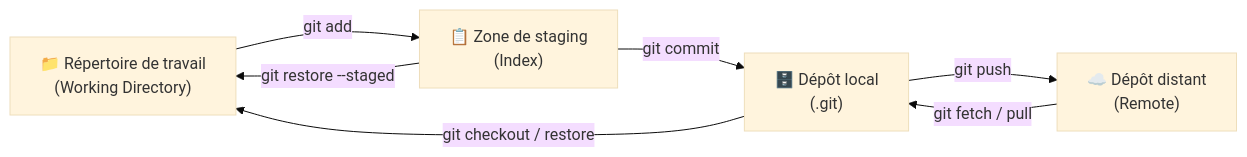
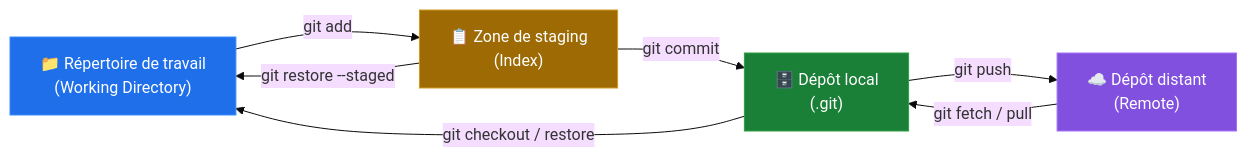
One commit to efoures/docs-cours changed the fourth of 16 diagrams in git/cours-git.md. Above: the diagram before and after it, drawn with Mermaid (base theme). The commit also changed other lines of this file and 7 other files, not shown here.

````diff
--- a/git/cours-git.md
+++ b/git/cours-git.md
@@ -168,14 +213,19 @@
 ```mermaid
 flowchart LR
-    WD["📁 Répertoire de travail<br/>(Working Directory)"]
-    ST["📋 Zone de staging<br/>(Index)"]
-    LR["🗄️ Dépôt local<br/>(.git)"]
-    RR["☁️ Dépôt distant<br/>(Remote)"]
+    WD["📁 Répertoire de travail<br/>(Working Directory)"]:::work
+    ST["📋 Zone de staging<br/>(Index)"]:::stage
+    LR["🗄️ Dépôt local<br/>(.git)"]:::repo
+    RR["☁️ Dépôt distant<br/>(Remote)"]:::remote
 
     WD -->|"git add"| ST
     ST -->|"git commit"| LR
     LR -->|"git push"| RR
     RR -->|"git fetch / pull"| LR
     LR -->|"git checkout / restore"| WD
     ST -->|"git restore --staged"| WD
+
+    classDef work fill:#1f6feb,stroke:#388bfd,color:#fff
+    classDef stage fill:#9e6a03,stroke:#d29922,color:#fff
+    classDef repo fill:#1a7f37,stroke:#2ea043,color:#fff
+    classDef remote fill:#8250df,stroke:#a371f7,color:#fff
 ```
````
